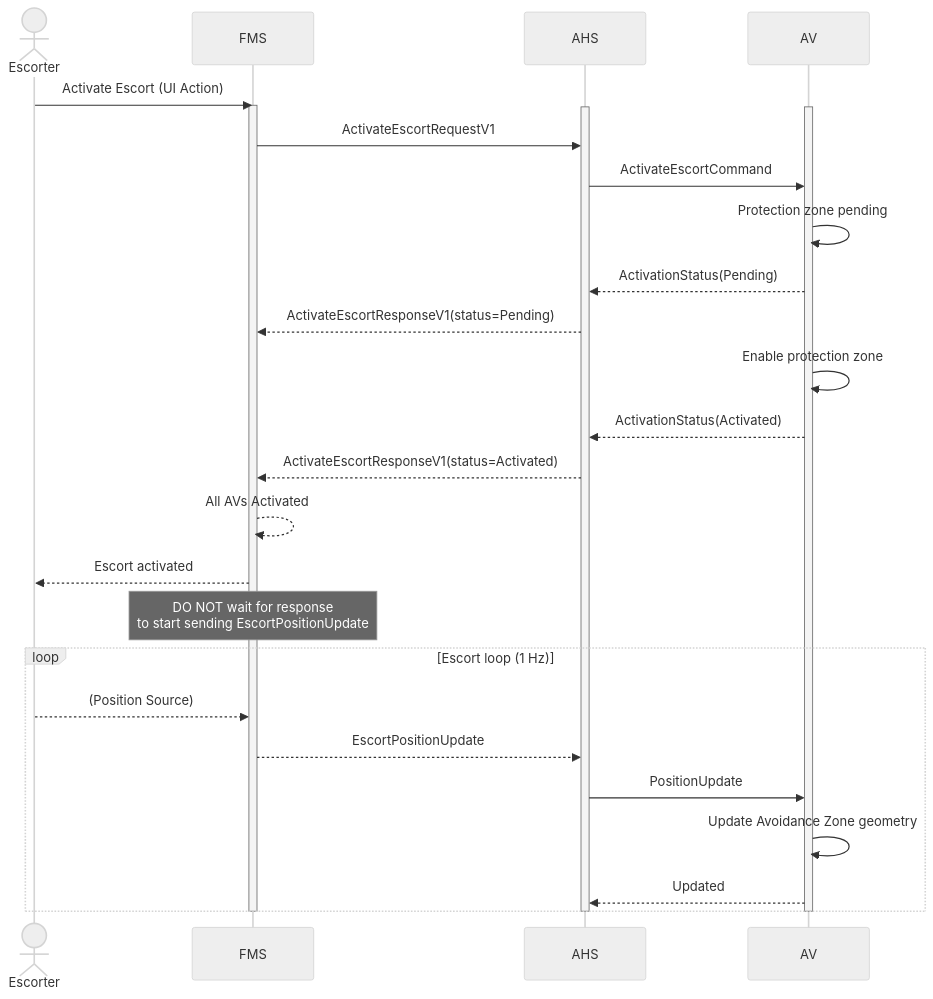
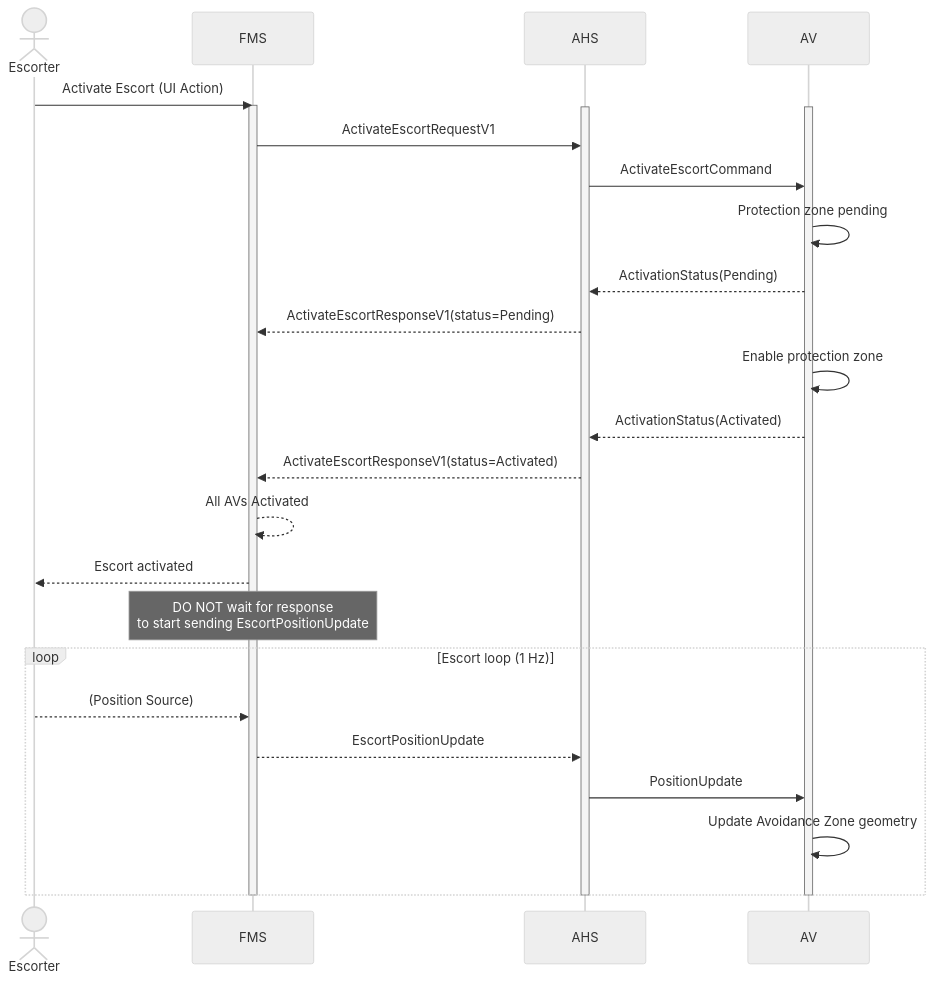
One commit to open-autonomy/escort changed the first of 3 diagrams in diagram/EscortActivation.md. Above: the diagram before and after it, drawn with Mermaid (neutral theme).

Commit message:
remove AV response on position msg

````diff
--- a/diagram/EscortActivation.md
+++ b/diagram/EscortActivation.md
@@ -9,35 +9,34 @@
 ```mermaid
 sequenceDiagram
     actor Escorter
     participant FMS
     participant AHS
     participant AV
 
     Escorter->>FMS: Activate Escort (UI Action)
     activate FMS
     activate AHS
     activate AV
     FMS->>AHS: ActivateEscortRequestV1
     AHS->>AV: ActivateEscortCommand
     AV->>AV: Protection zone pending
     AV-->>AHS: ActivationStatus(Pending)
     AHS-->>FMS: ActivateEscortResponseV1(status=Pending)
 
     AV->>AV: Enable protection zone
     AV-->>AHS: ActivationStatus(Activated)
     AHS-->>FMS: ActivateEscortResponseV1(status=Activated)
     FMS-->>FMS: All AVs Activated
     FMS-->>Escorter: Escort activated
     Note over FMS: DO NOT wait for response<br/>to start sending EscortPositionUpdate
     loop Escort loop (1 Hz)
         Escorter-->>FMS: (Position Source)
         FMS-->>AHS: EscortPositionUpdate
         AHS->>AV: PositionUpdate
         AV->>AV: Update Avoidance Zone geometry
-        AV-->>AHS: Updated
     end
     %% Deactivation flow moved to EscortDeactivation.md
     deactivate AV
     deactivate AHS
     deactivate FMS
 ```
````
